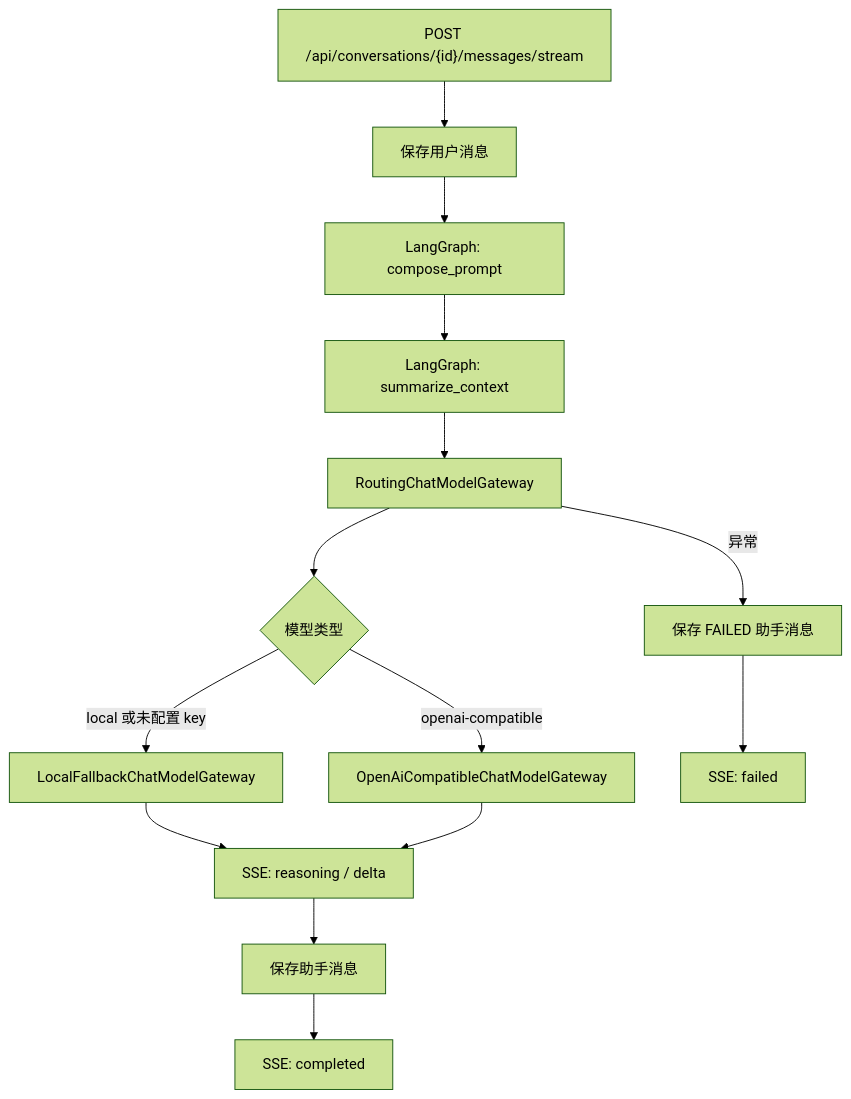
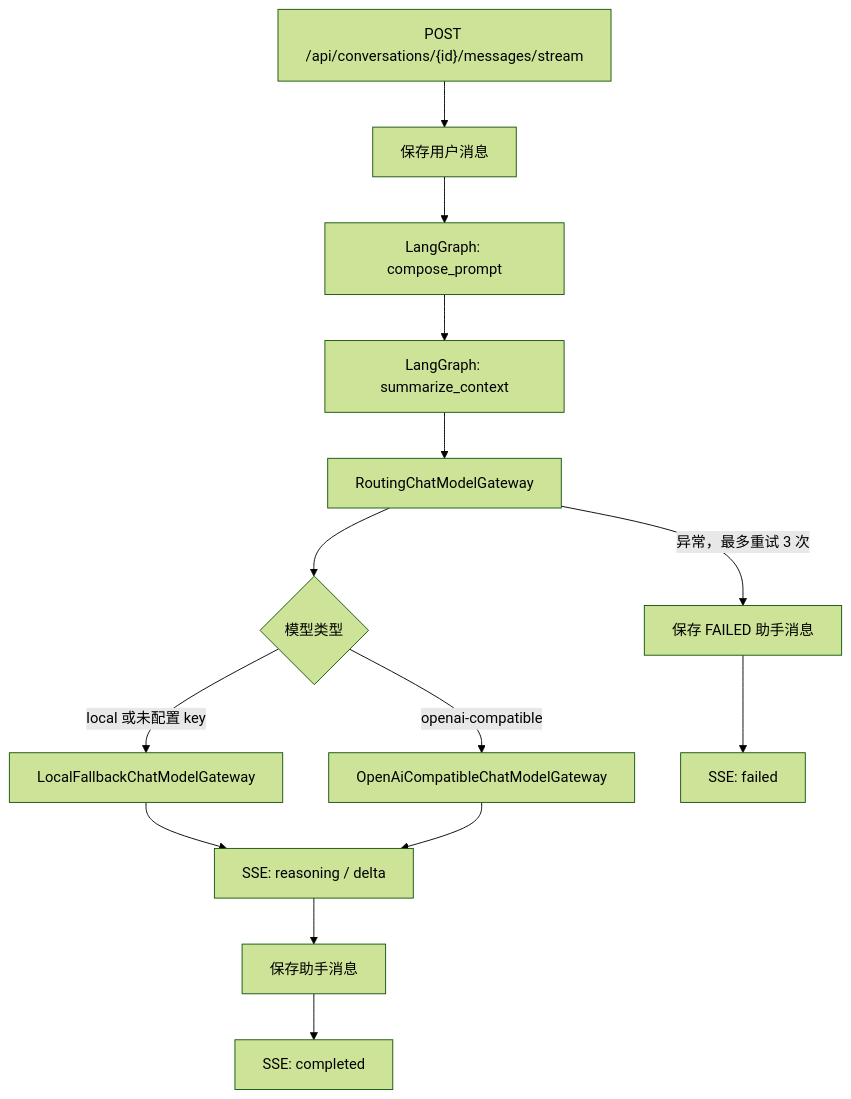
One commit to redsubmarine127/chat_agent_poc changed the diagram in python-backend/README.md. Above: the diagram before and after it, drawn with Mermaid (forest theme). The commit also changed other lines of this file and 24 other files, not shown here.

````diff
--- a/python-backend/README.md
+++ b/python-backend/README.md
@@ -63,16 +63,16 @@
 ```mermaid
 flowchart TD
     A["POST /api/conversations/{id}/messages/stream"] --> B["保存用户消息"]
     B --> C["LangGraph: compose_prompt"]
     C --> D["LangGraph: summarize_context"]
     D --> E["RoutingChatModelGateway"]
     E --> F{"模型类型"}
     F -->|"local 或未配置 key"| G["LocalFallbackChatModelGateway"]
     F -->|"openai-compatible"| H["OpenAiCompatibleChatModelGateway"]
     G --> I["SSE: reasoning / delta"]
     H --> I
     I --> J["保存助手消息"]
     J --> K["SSE: completed"]
-    E -->|"异常"| L["保存 FAILED 助手消息"]
+    E -->|"异常，最多重试 3 次"| L["保存 FAILED 助手消息"]
     L --> M["SSE: failed"]
 ```
````
